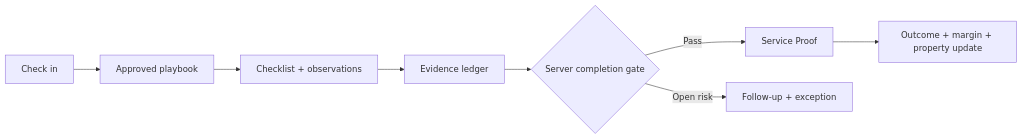
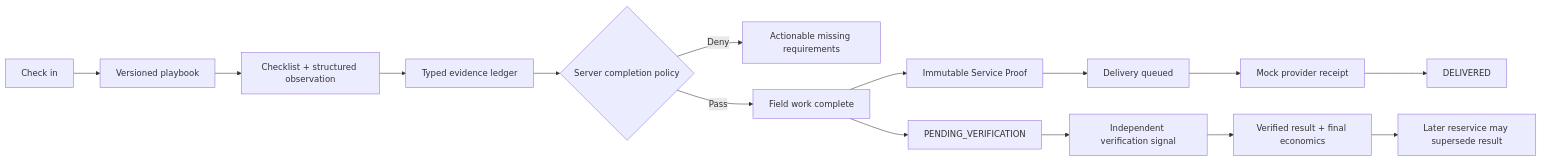
Before and after one commit to Matthewbolinger/Pest-control: the second of 2 diagrams in docs/architecture.md, drawn with Mermaid. The commit also changed other lines of this file and 59 other files, not shown here.

Commit message:
Build FieldProof outcome assurance platform

````diff
--- a/docs/architecture.md
+++ b/docs/architecture.md
@@ -32,10 +43,17 @@
 ```mermaid
 flowchart LR
-  A["Check in"] --> B["Approved playbook"]
-  B --> C["Checklist + observations"]
-  C --> D["Evidence ledger"]
-  D --> E{"Server completion gate"}
-  E -->|Pass| F["Service Proof"]
-  E -->|Open risk| G["Follow-up + exception"]
-  F --> H["Outcome + margin + property update"]
+  A["Check in"] --> B["Versioned playbook"]
+  B --> C["Checklist + structured observation"]
+  C --> D["Typed evidence ledger"]
+  D --> E{"Server completion policy"}
+  E -->|Deny| F["Actionable missing requirements"]
+  E -->|Pass| G["Field work complete"]
+  G --> H["Immutable Service Proof"]
+  G --> I["PENDING_VERIFICATION"]
+  H --> J["Delivery queued"]
+  J --> K["Mock provider receipt"]
+  K --> L["DELIVERED"]
+  I --> M["Independent verification signal"]
+  M --> N["Verified result + final economics"]
+  N --> O["Later reservice may supersede result"]
 ```
````
